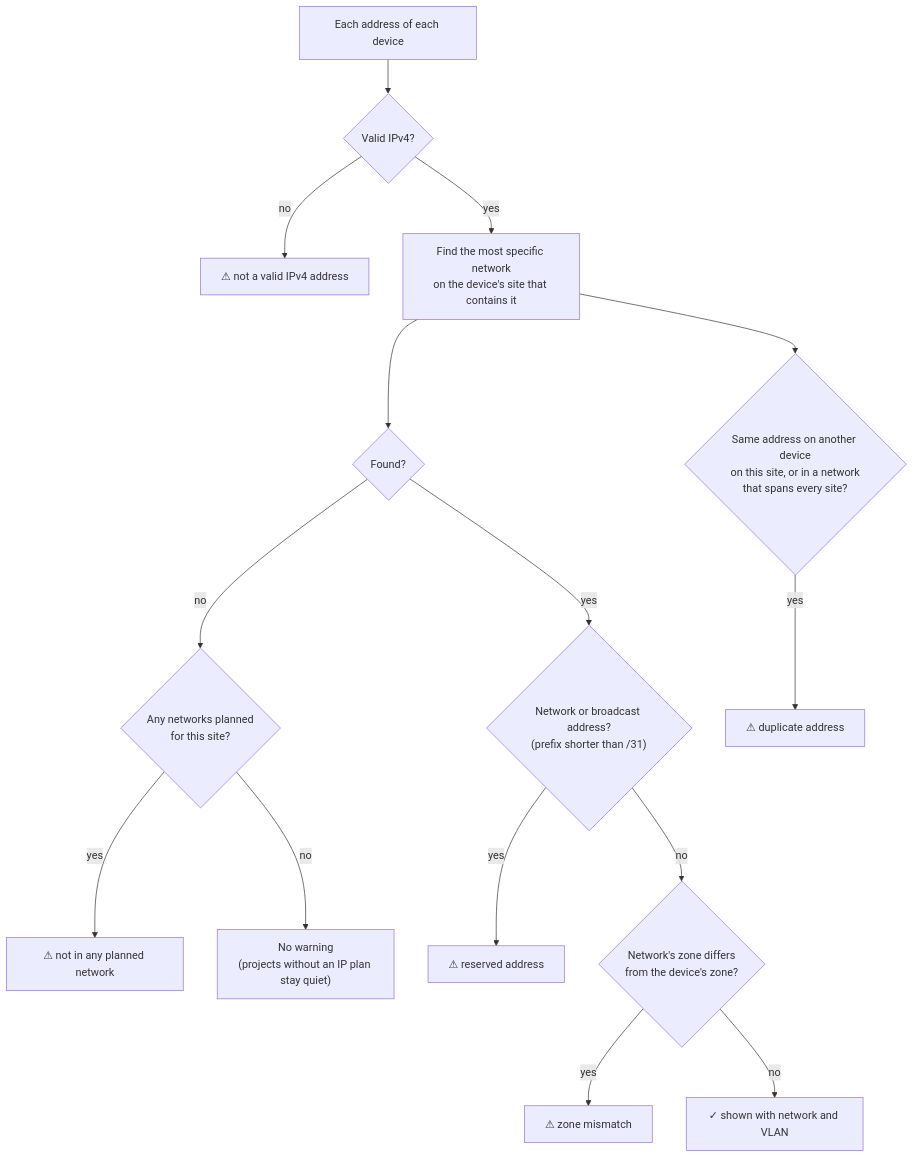
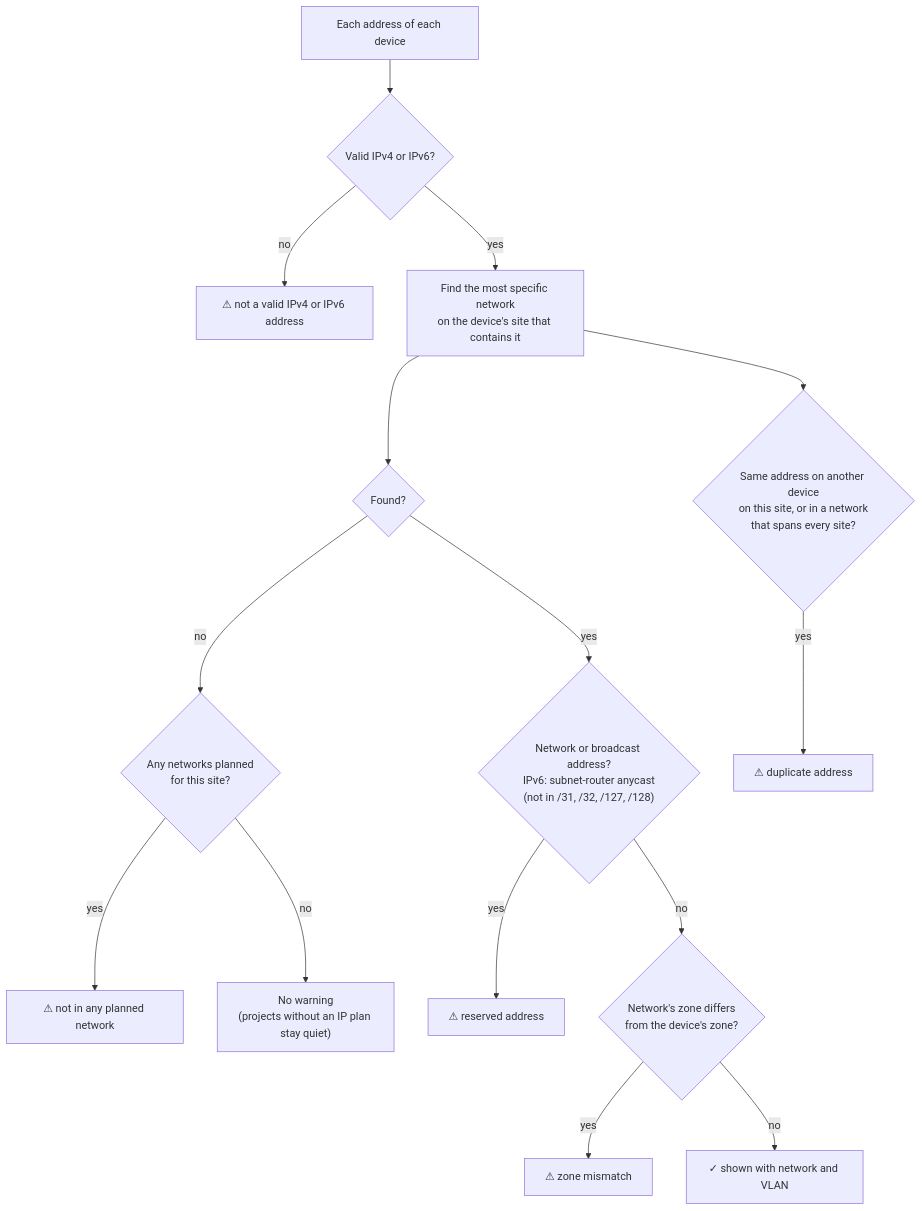
Before and after one commit to vijaykumargowdakk/ReSecArc: diagram 20 of 32 in README.md, drawn with Mermaid. The commit also changed other lines of this file and 12 other files, not shown here.

````diff
--- a/README.md
+++ b/README.md
@@ -934,17 +934,17 @@
 ```mermaid
 flowchart TD
-    A["Each address of each device"] --> B{"Valid IPv4?"}
-    B -- "no" --> W1["⚠ not a valid IPv4 address"]
+    A["Each address of each device"] --> B{"Valid IPv4 or IPv6?"}
+    B -- "no" --> W1["⚠ not a valid IPv4 or IPv6 address"]
     B -- "yes" --> C["Find the most specific network<br/>on the device's site that contains it"]
     C --> D{"Found?"}
     D -- "no" --> E{"Any networks planned<br/>for this site?"}
     E -- "yes" --> W2["⚠ not in any planned network"]
     E -- "no" --> OK1["No warning<br/>(projects without an IP plan stay quiet)"]
-    D -- "yes" --> F{"Network or broadcast address?<br/>(prefix shorter than /31)"}
+    D -- "yes" --> F{"Network or broadcast address?<br/>IPv6: subnet-router anycast<br/>(not in /31, /32, /127, /128)"}
     F -- "yes" --> W3["⚠ reserved address"]
     F -- "no" --> G{"Network's zone differs<br/>from the device's zone?"}
     G -- "yes" --> W4["⚠ zone mismatch"]
     G -- "no" --> OK2["✓ shown with network and VLAN"]
     C --> H{"Same address on another device<br/>on this site, or in a network<br/>that spans every site?"}
     H -- "yes" --> W5["⚠ duplicate address"]
 ```
````
